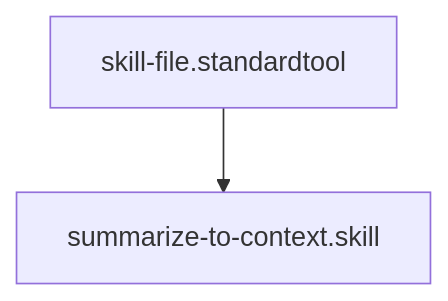
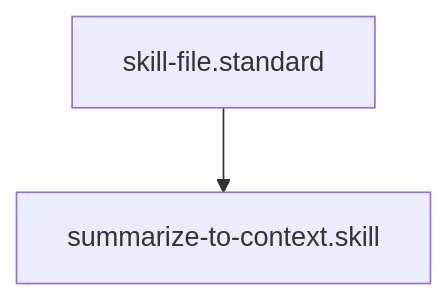
One commit to Gizmo4Life/ai-kernel changed the diagram in skills/summarize-to-context.skill.md. Above: the diagram before and after it, drawn with Mermaid. The commit also changed other lines of this file and 89 other files, not shown here.

````diff
--- a/skills/summarize-to-context.skill.md
+++ b/skills/summarize-to-context.skill.md
@@ -26,4 +27,4 @@
 ```mermaid
 graph TD
-    skill-file.standardtool --> summarize-to-context.skill
+    skill-file.standard --> summarize-to-context.skill
 ```
````
